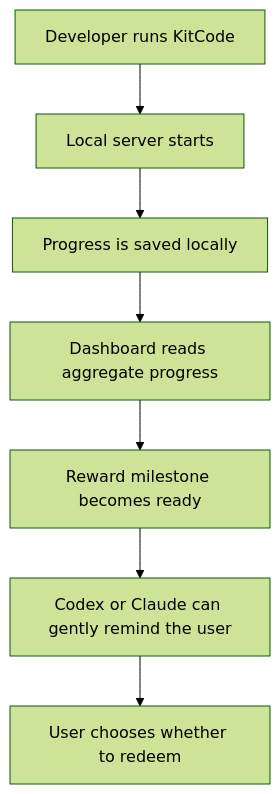
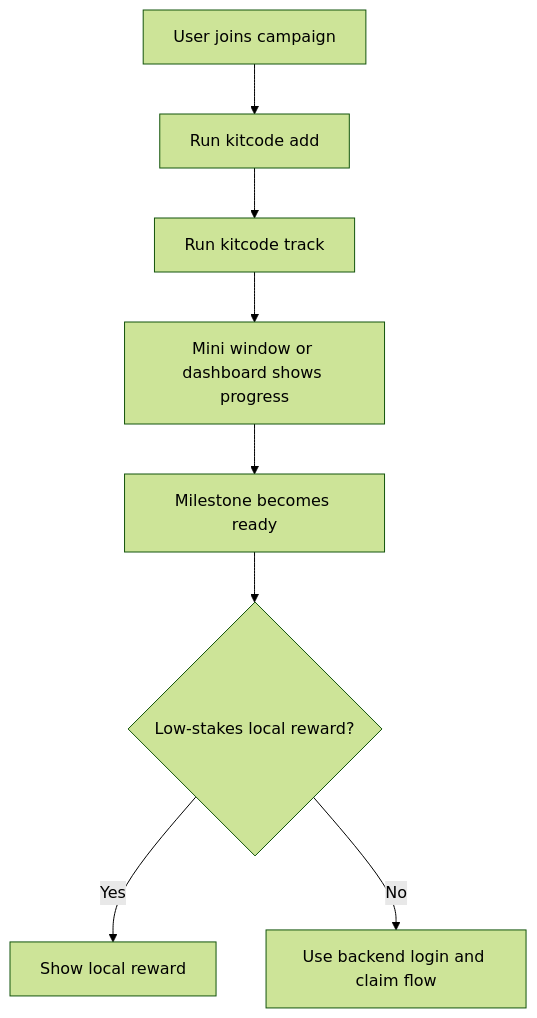
One commit to onedigitas/kit-code changed the diagram in README.md. Above: the diagram before and after it, drawn with Mermaid (forest theme). The commit also changed other lines of this file and 23 other files, not shown here.

````diff
--- a/README.md
+++ b/README.md
@@ -76,9 +212,10 @@
 ```mermaid
 flowchart TD
-  A["Developer runs KitCode"] --> B["Local server starts"]
-  B --> C["Progress is saved locally"]
-  C --> D["Dashboard reads aggregate progress"]
-  D --> E["Reward milestone becomes ready"]
-  E --> F["Codex or Claude can gently remind the user"]
-  F --> G["User chooses whether to redeem"]
+  A["User joins campaign"] --> B["Run kitcode add"]
+  B --> C["Run kitcode track"]
+  C --> D["Mini window or dashboard shows progress"]
+  D --> E["Milestone becomes ready"]
+  E --> F{"Low-stakes local reward?"}
+  F -->|Yes| G["Show local reward"]
+  F -->|No| H["Use backend login and claim flow"]
 ```
````
